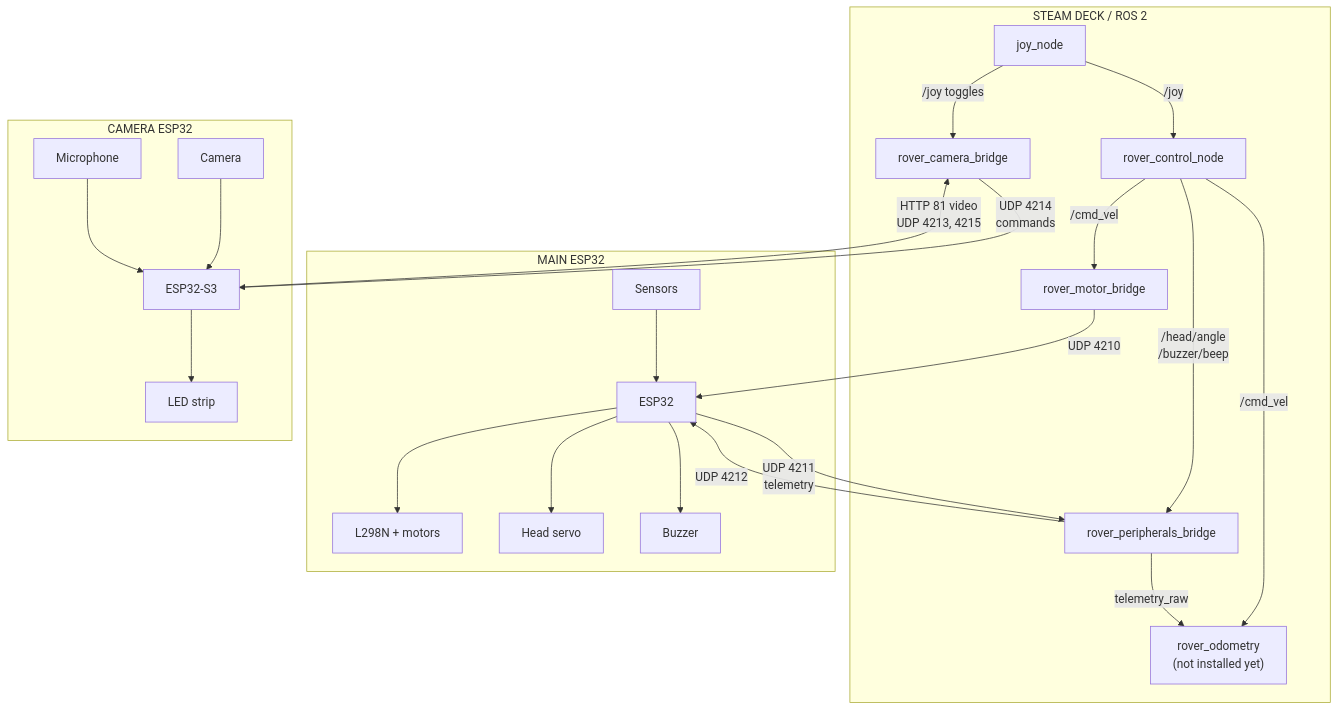
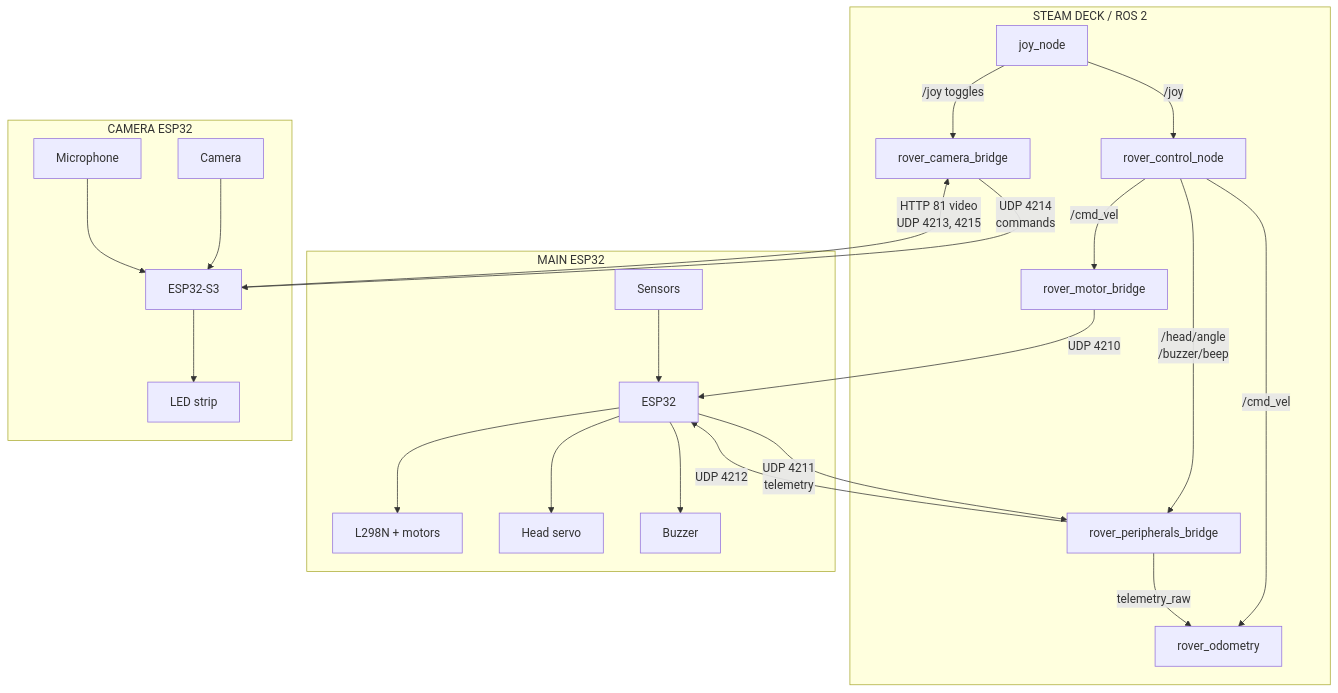
One commit to SolarSpore/Esp32-Autonomous-Rover-2026 changed the second of 2 diagrams in README.md. Above: the diagram before and after it, drawn with Mermaid. The commit also changed other lines of this file, not shown here.

````diff
--- a/README.md
+++ b/README.md
@@ -72,48 +118,48 @@
 ```mermaid
 flowchart TB
     subgraph ROS["STEAM DECK / ROS 2"]
         JOY["joy_node"]
         CONTROL["rover_control_node"]
         MOTOR["rover_motor_bridge"]
         PERIPH["rover_peripherals_bridge"]
         CAMBR["rover_camera_bridge"]
-        ODOM["rover_odometry<br/>(not installed yet)"]
+        ODOM["rover_odometry"]
 
         JOY -->|"/joy"| CONTROL
         JOY -->|"/joy toggles"| CAMBR
         CONTROL -->|"/cmd_vel"| MOTOR
         CONTROL -->|"/head/angle<br/>/buzzer/beep"| PERIPH
         CONTROL -->|"/cmd_vel"| ODOM
         PERIPH -->|"telemetry_raw"| ODOM
     end
 
     subgraph ESP["MAIN ESP32"]
         MCU["ESP32"]
         MOTORS["L298N + motors"]
         HEAD["Head servo"]
         BUZZ["Buzzer"]
         SENSOR["Sensors"]
 
         MCU --> MOTORS
         MCU --> HEAD
         MCU --> BUZZ
         SENSOR --> MCU
     end
 
     subgraph CAMESP["CAMERA ESP32"]
         CAMMCU["ESP32-S3"]
         CAMERA["Camera"]
         MIC["Microphone"]
         LEDS["LED strip"]
 
         CAMERA --> CAMMCU
         MIC --> CAMMCU
         CAMMCU --> LEDS
     end
 
     MOTOR -->|"UDP 4210"| MCU
     PERIPH -->|"UDP 4212"| MCU
     MCU -->|"UDP 4211<br/>telemetry"| PERIPH
     CAMBR -->|"UDP 4214<br/>commands"| CAMMCU
     CAMMCU -->|"HTTP 81 video<br/>UDP 4213, 4215"| CAMBR
 ```
````
